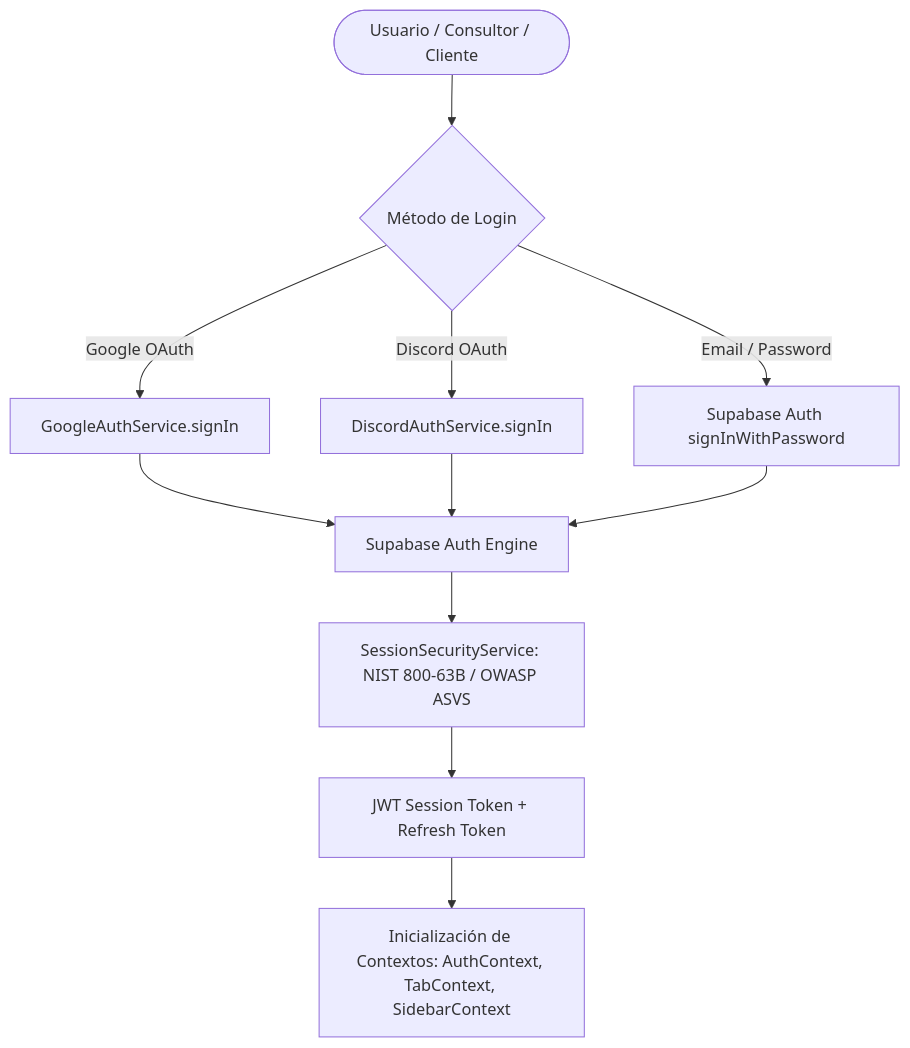
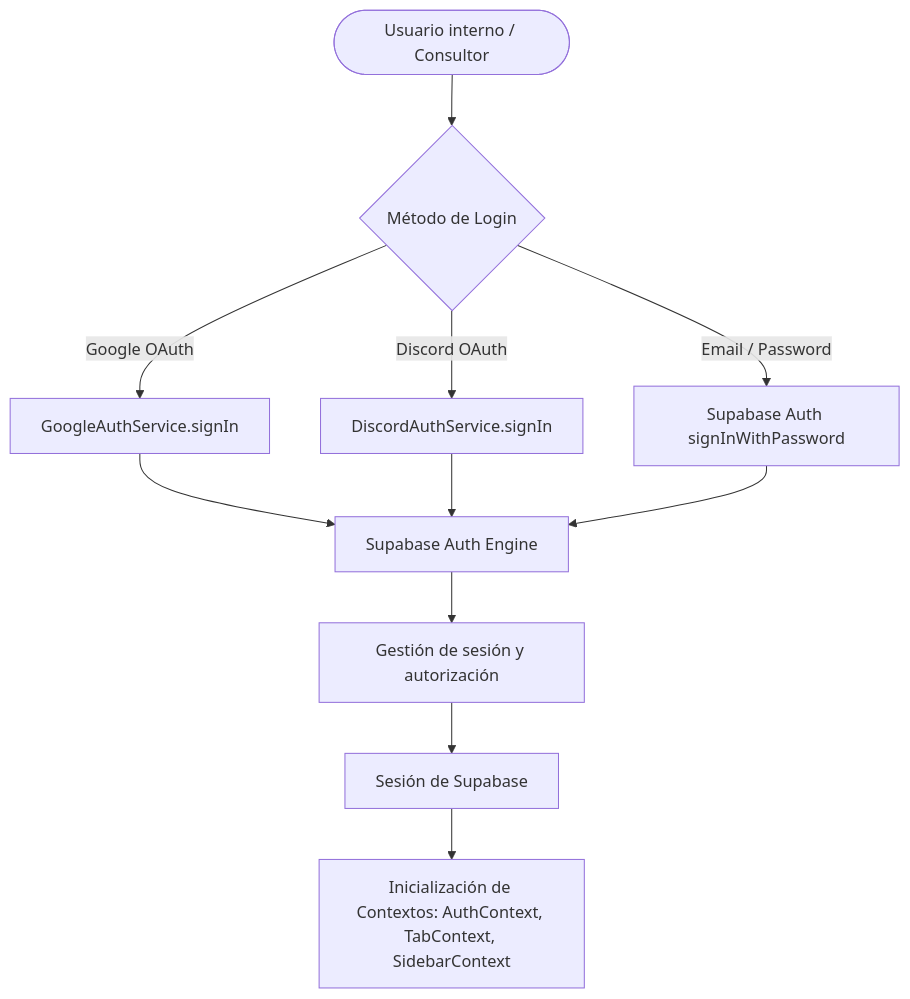
The sixth of 13 diagrams in docs/proyectos/pst-4-arquitectura.md (jesusalbujas/CONTROL-PST), drawn with Mermaid before and after one commit. The commit also changed other lines of this file and 9 other files, not shown here.

````diff
--- a/docs/proyectos/pst-4-arquitectura.md
+++ b/docs/proyectos/pst-4-arquitectura.md
@@ -280,15 +244,15 @@
 ```mermaid
 flowchart TD
-    User(["Usuario / Consultor / Cliente"]) --> AuthChoice{"Método de Login"}
+    User(["Usuario interno / Consultor"]) --> AuthChoice{"Método de Login"}
     AuthChoice -->|Google OAuth| GAuth["GoogleAuthService.signIn"]
     AuthChoice -->|Discord OAuth| DAuth["DiscordAuthService.signIn"]
     AuthChoice -->|Email / Password| PwdAuth["Supabase Auth signInWithPassword"]
 
     GAuth --> SupaAuth["Supabase Auth Engine"]
     DAuth --> SupaAuth
     PwdAuth --> SupaAuth
 
-    SupaAuth --> SessionSec["SessionSecurityService: NIST 800-63B / OWASP ASVS"]
-    SessionSec --> TokenGen["JWT Session Token + Refresh Token"]
+    SupaAuth --> SessionSec["Gestión de sesión y autorización"]
+    SessionSec --> TokenGen["Sesión de Supabase"]
     TokenGen --> AppInit["Inicialización de Contextos: AuthContext, TabContext, SidebarContext"]
 ```
````
